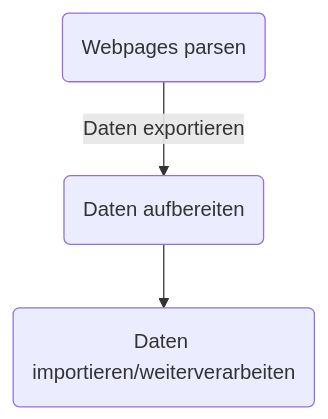
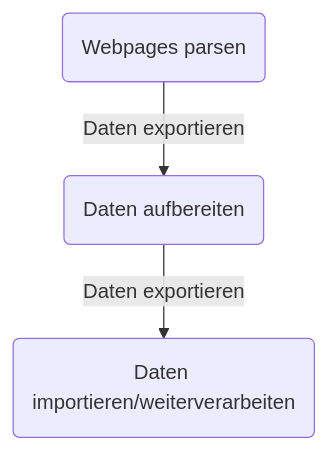
Before and after one commit to orc-hfg/resources: the diagram in Data Harvesting/README.md, drawn with Mermaid.

Commit message:
README.md aktualisiert

````diff
--- a/Data Harvesting/README.md
+++ b/Data Harvesting/README.md
@@ -16,4 +16,4 @@
 ```mermaid
 graph TD
-    A(Webpages parsen) -->|Daten exportieren| B(Daten aufbereiten) --> C(Daten importieren/weiterverarbeiten)
+    A(Webpages parsen) -->|Daten exportieren| B(Daten aufbereiten) -->|Daten exportieren| C(Daten importieren/weiterverarbeiten)
 ```
````
